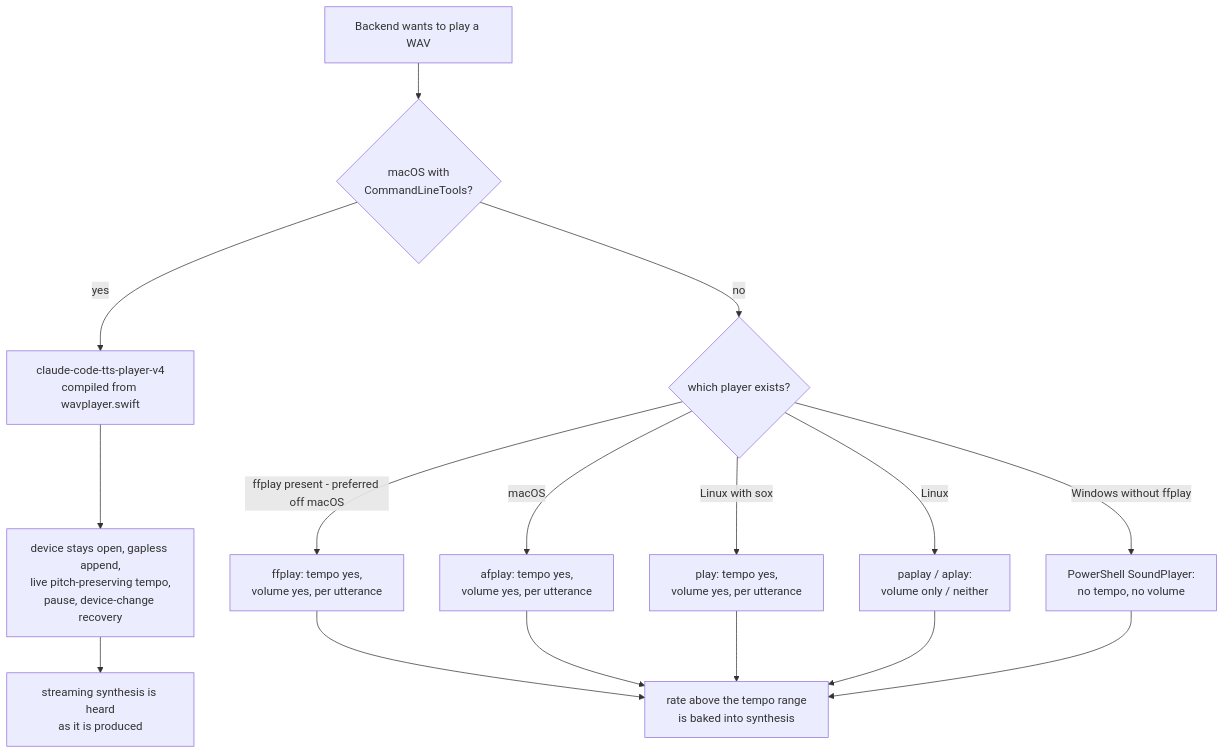
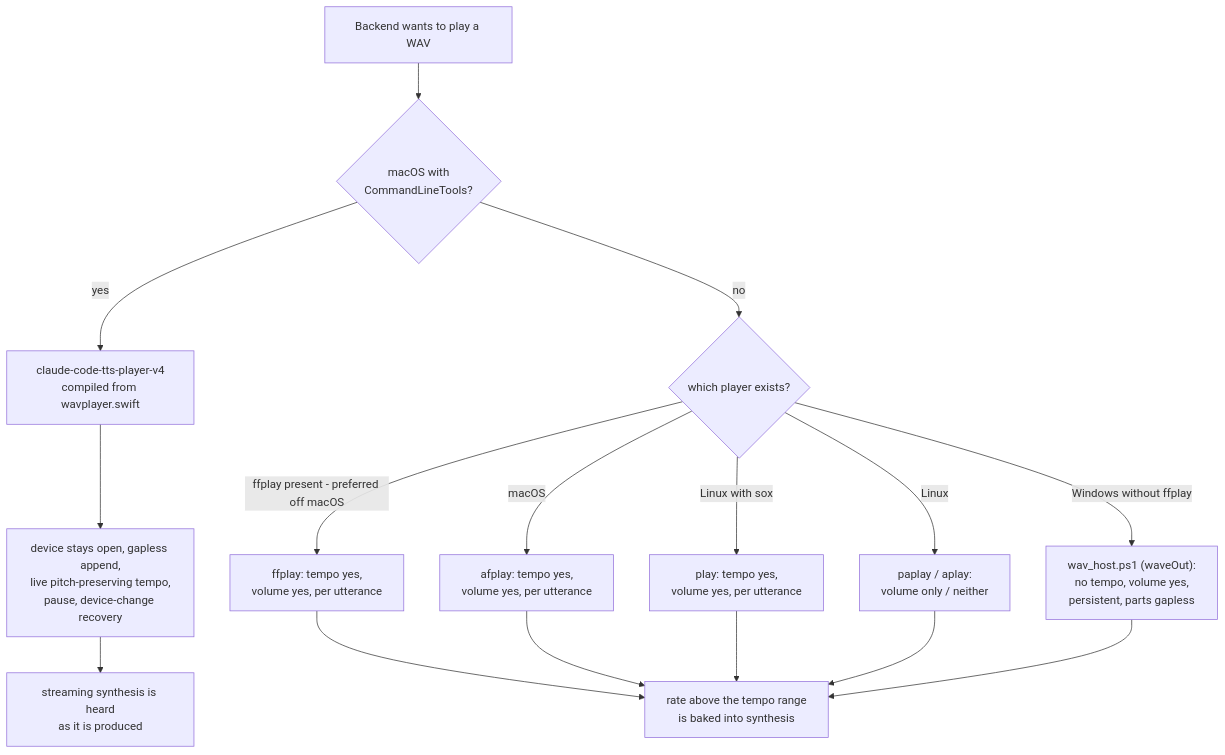
Before and after one commit to giladreich/claude-code-tts: the ninth of 10 diagrams in docs/ARCHITECTURE.md, drawn with Mermaid. The commit also changed other lines of this file and 6 other files, not shown here.

First line of the commit message:
Play on Windows through one process that queues parts on waveOut.

````diff
--- a/docs/ARCHITECTURE.md
+++ b/docs/ARCHITECTURE.md
@@ -190,18 +190,18 @@
 ```mermaid
 flowchart TD
     A["Backend wants to play a WAV"] --> B{"macOS with<br/>CommandLineTools?"}
     B -->|yes| C["claude-code-tts-player-v4<br/>compiled from wavplayer.swift"]
     C --> C1["device stays open, gapless append,<br/>live pitch-preserving tempo,<br/>pause, device-change recovery"]
     B -->|no| D{"which player exists?"}
     D -->|macOS| E["afplay: tempo yes,<br/>volume yes, per utterance"]
     D -->|"ffplay present - preferred off macOS"| FF["ffplay: tempo yes,<br/>volume yes, per utterance"]
     D -->|Linux with sox| F["play: tempo yes,<br/>volume yes, per utterance"]
     D -->|Linux| G["paplay / aplay:<br/>volume only / neither"]
-    D -->|Windows without ffplay| H["PowerShell SoundPlayer:<br/>no tempo, no volume"]
+    D -->|Windows without ffplay| H["wav_host.ps1 (waveOut):<br/>no tempo, volume yes,<br/>persistent, parts gapless"]
     FF --> I
     E --> I["rate above the tempo range<br/>is baked into synthesis"]
     F --> I
     G --> I
     H --> I
     C1 --> J["streaming synthesis is heard<br/>as it is produced"]
 ```
````
